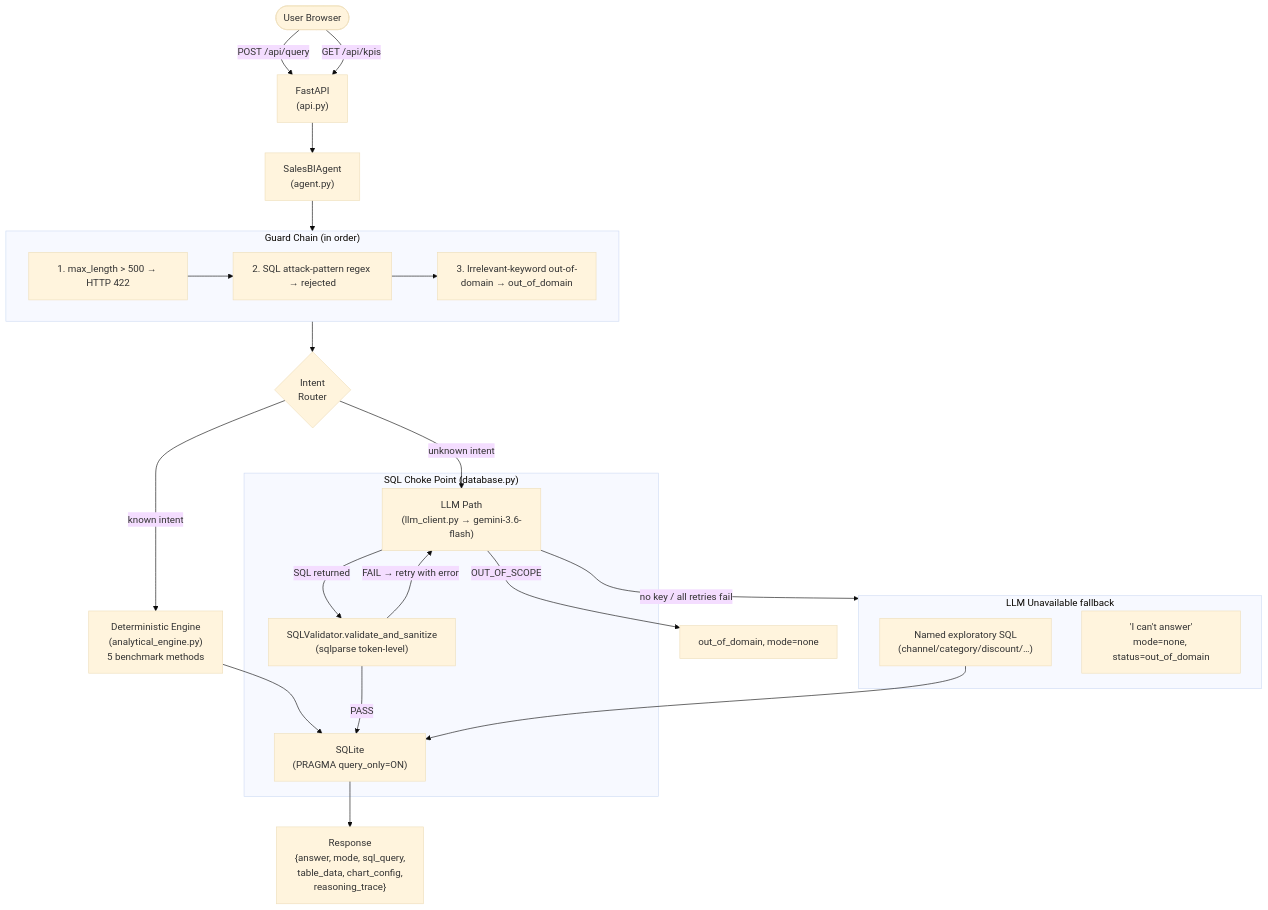
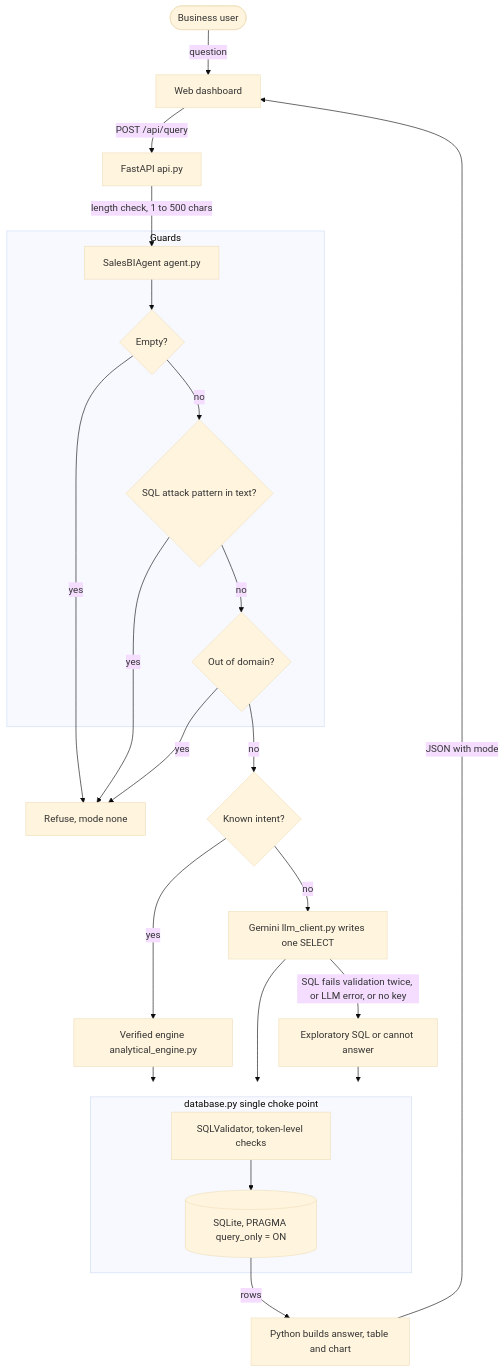
One commit to Srilaxmi984/AI_BI_Assistant changed the first of 2 diagrams in docs/architecture.md. Above: the diagram before and after it, drawn with Mermaid (base theme). The commit also changed other lines of this file and 3 other files, not shown here.

Commit message:
docs: final README, REPORT, architecture diagram, cloud deployment note

````diff
--- a/docs/architecture.md
+++ b/docs/architecture.md
@@ -5,42 +12,32 @@
 ```mermaid
 flowchart TD
-    User([User Browser]) -->|"POST /api/query"| API["FastAPI\n(api.py)"]
-    User -->|"GET /api/kpis"| API
-    API --> Agent["SalesBIAgent\n(agent.py)"]
+    User([Business user]) -->|question| UI[Web dashboard]
+    UI -->|POST /api/query| API[FastAPI api.py]
+    API -->|length check, 1 to 500 chars| Agent[SalesBIAgent agent.py]
 
-    subgraph Guards ["Guard Chain (in order)"]
-        G1["1. max_length > 500 → HTTP 422"]
-        G2["2. SQL attack-pattern regex → rejected"]
-        G3["3. Irrelevant-keyword out-of-domain → out_of_domain"]
-        G1 --> G2 --> G3
+    subgraph Guards
+        Agent --> G1{Empty?}
+        G1 -->|no| G2{SQL attack pattern in text?}
+        G2 -->|no| G3{Out of domain?}
     end
 
-    Agent --> Guards
+    G1 -->|yes| Refuse[Refuse, mode none]
+    G2 -->|yes| Refuse
+    G3 -->|yes| Refuse
 
-    Guards --> Router{"Intent\nRouter"}
+    G3 -->|no| Router{Known intent?}
+    Router -->|yes| Engine[Verified engine analytical_engine.py]
+    Router -->|no| LLM[Gemini llm_client.py writes one SELECT]
+    LLM -->|SQL fails validation twice, or LLM error, or no key| Fallback[Exploratory SQL or cannot answer]
 
-    Router -->|"known intent"| DET["Deterministic Engine\n(analytical_engine.py)\n5 benchmark methods"]
-    Router -->|"unknown intent"| LLM_PATH["LLM Path\n(llm_client.py → gemini-3.6-flash)"]
+    Engine --> DB
+    LLM --> DB
+    Fallback --> DB
 
-    LLM_PATH -->|"OUT_OF_SCOPE"| OOD["out_of_domain, mode=none"]
-    LLM_PATH -->|"SQL returned"| VAL
-
-    DET --> DB
-
-    subgraph Choke ["SQL Choke Point (database.py)"]
-        VAL["SQLValidator.validate_and_sanitize\n(sqlparse token-level)"]
-        DB["SQLite\n(PRAGMA query_only=ON)"]
-        VAL -->|"PASS"| DB
-        VAL -->|"FAIL → retry with error"| LLM_PATH
+    subgraph DB[database.py single choke point]
+        V[SQLValidator, token-level checks] --> RO[(SQLite, PRAGMA query_only = ON)]
     end
 
-    DB --> Response["Response\n{answer, mode, sql_query,\ntable_data, chart_config,\nreasoning_trace}"]
-
-    subgraph Fallback ["LLM Unavailable fallback"]
-        EXP["Named exploratory SQL\n(channel/category/discount/…)"]
-        NOPE["'I can't answer'\nmode=none, status=out_of_domain"]
-    end
-
-    LLM_PATH -->|"no key / all retries fail"| Fallback
-    EXP --> DB
+    RO -->|rows| Build[Python builds answer, table and chart]
+    Build -->|JSON with mode| UI
 ```
````
